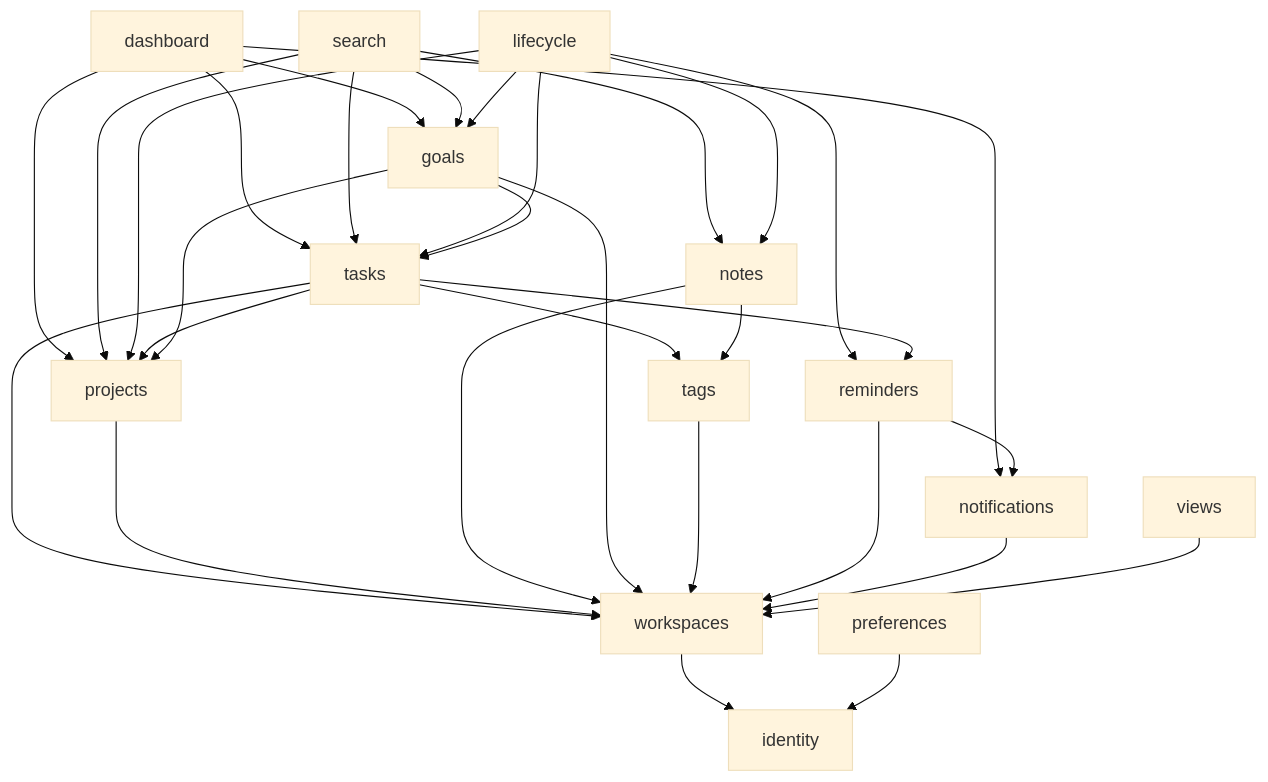
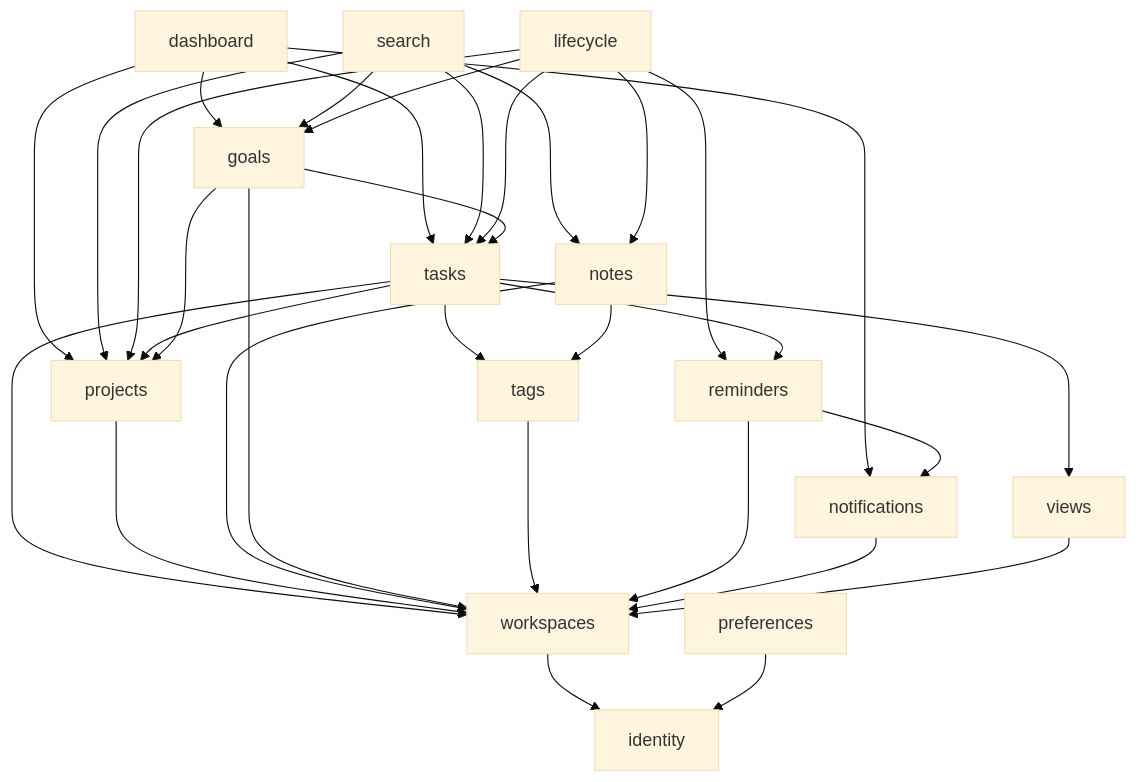
Before and after one commit to aysegulakgul/Aysly: the second of 3 diagrams in docs/ARCHITECTURE.md, drawn with Mermaid (base theme). The commit also changed other lines of this file and 104 other files, not shown here.

````diff
--- a/docs/ARCHITECTURE.md
+++ b/docs/ARCHITECTURE.md
@@ -163,13 +165,13 @@
 ```mermaid
 flowchart TD
   dashboard --> tasks & projects & goals & notifications
   search --> tasks & projects & notes & goals
   lifecycle --> tasks & projects & notes & goals & reminders
-  tasks --> projects & tags & reminders
+  tasks --> projects & tags & reminders & views
   notes --> tags
   goals --> tasks & projects
   reminders --> notifications
   tasks & projects & notes & goals & tags & reminders & notifications & views --> workspaces
   workspaces --> identity
   preferences --> identity
 ```
````
